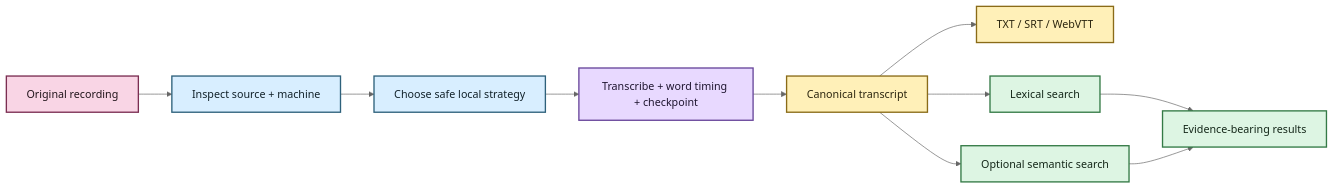
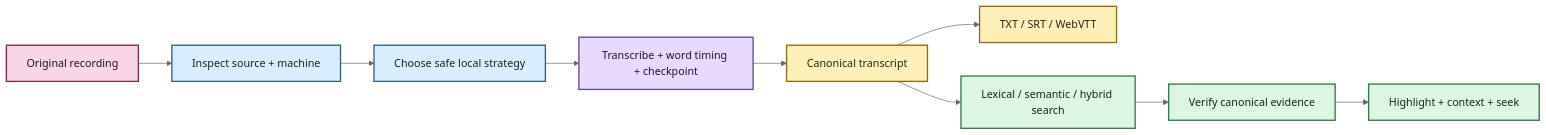
One commit to SSD1805/EchoFlow changed the diagram in README.md. Above: the diagram before and after it, drawn with Mermaid (neutral theme). The commit also changed other lines of this file, not shown here.

````diff
--- a/README.md
+++ b/README.md
@@ -55,24 +58,23 @@
 ```mermaid
 flowchart LR
     A[Original recording] --> B[Inspect source + machine]
     B --> C[Choose safe local strategy]
     C --> D[Transcribe + word timing + checkpoint]
     D --> E[Canonical transcript]
     E --> F[TXT / SRT / WebVTT]
-    E --> G[Lexical search]
-    E --> H[Optional semantic search]
-    G --> I[Evidence-bearing results]
-    H --> I
+    E --> G[Lexical / semantic / hybrid search]
+    G --> H[Verify canonical evidence]
+    H --> I[Highlight + context + seek]
 
     classDef evidence fill:#F9D5E5,stroke:#7B2E52,stroke-width:2px,color:#22151B
     classDef compute fill:#D8EEFF,stroke:#2E617B,stroke-width:2px,color:#12222A
     classDef process fill:#E8D9FF,stroke:#68469B,stroke-width:2px,color:#1F1630
     classDef publish fill:#FFF0B8,stroke:#8A6B18,stroke-width:2px,color:#2C260F
     classDef result fill:#DDF5E3,stroke:#347A46,stroke-width:2px,color:#142719
 
     class A evidence
     class B,C compute
     class D process
     class E,F publish
     class G,H,I result
 ```
````
